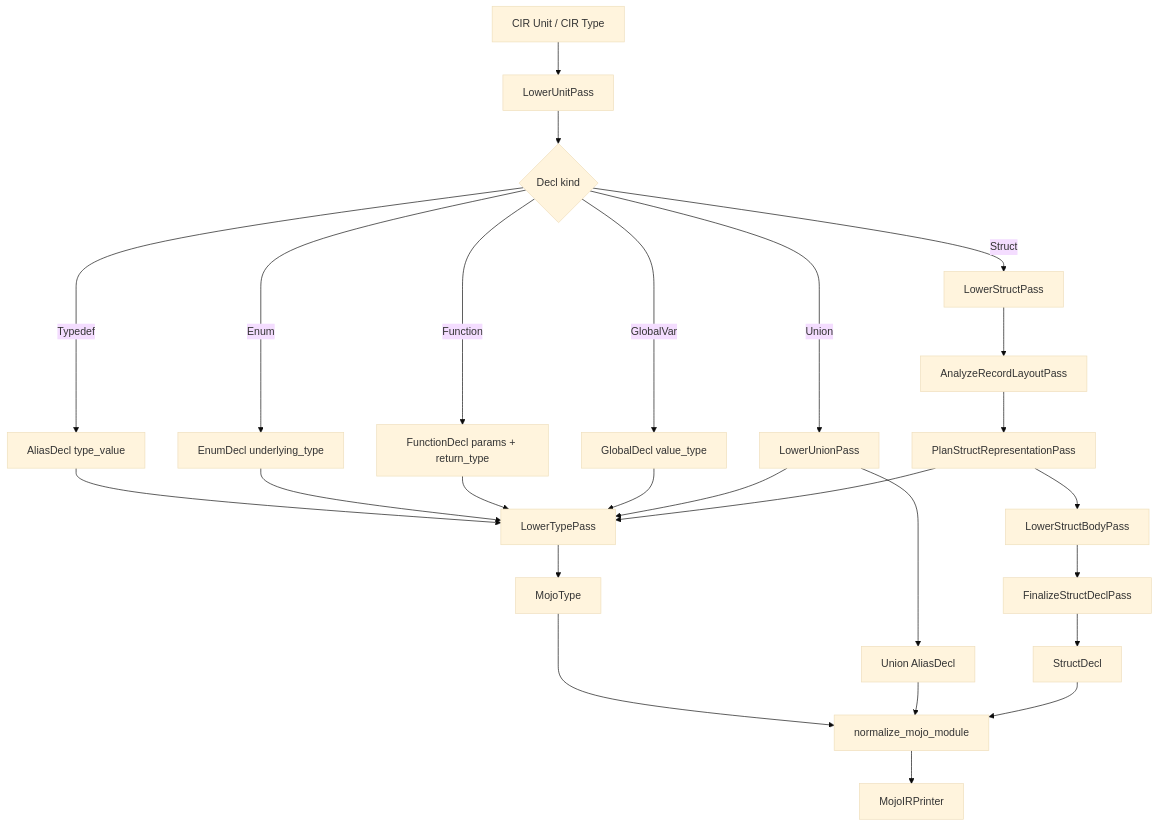
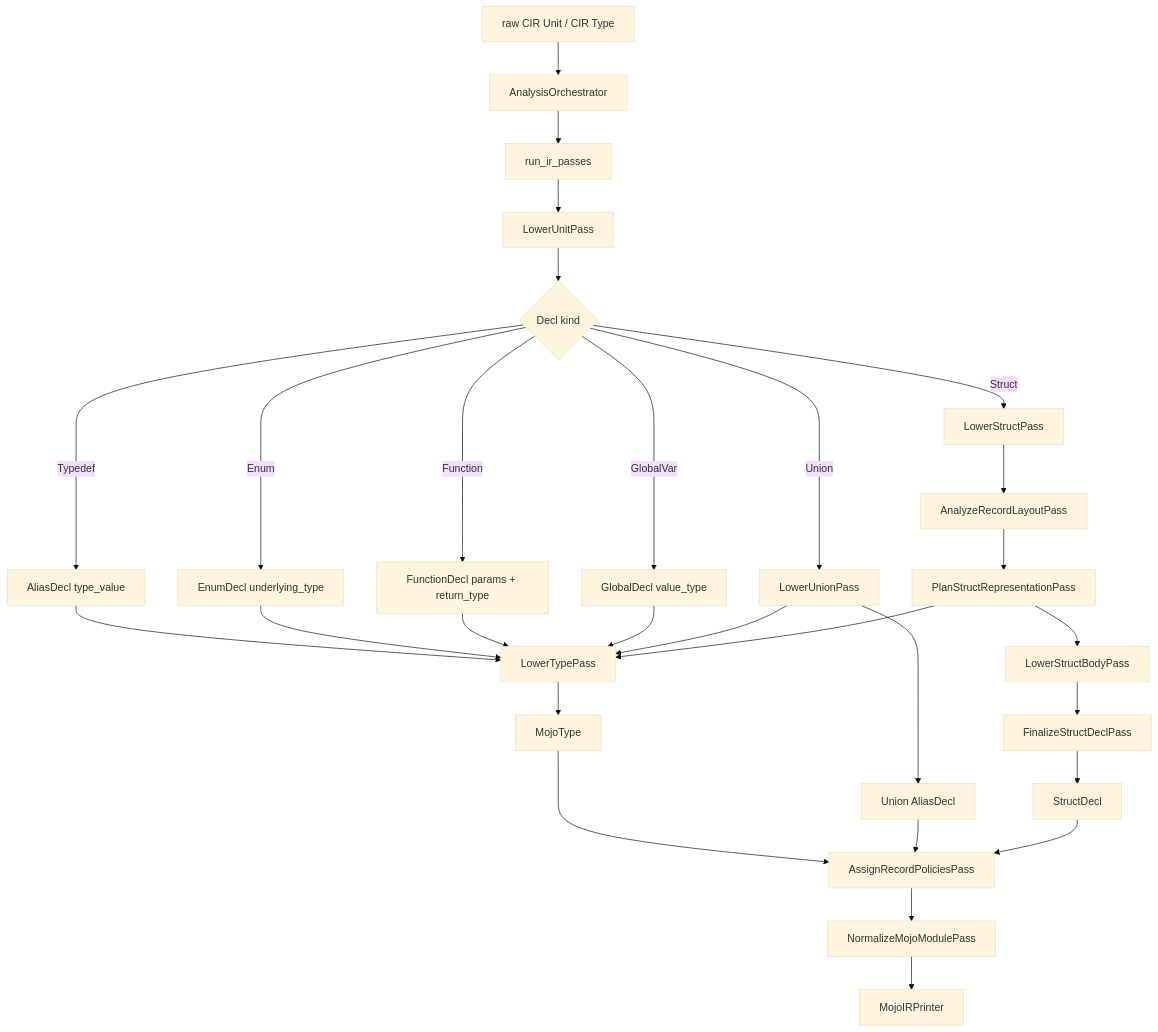
One commit to MoSafi2/mojo_bindgen changed the diagram in docs/analysis_type_lowering_pipeline.md. Above: the diagram before and after it, drawn with Mermaid (base theme). The commit also changed other lines of this file and 9 other files, not shown here.

Commit message:
folded pipeline into orchestrator, update architecture docs

````diff
--- a/docs/analysis_type_lowering_pipeline.md
+++ b/docs/analysis_type_lowering_pipeline.md
@@ -8,33 +8,36 @@
 ```mermaid
 flowchart TD
-    A[CIR Unit / CIR Type] --> B[LowerUnitPass]
+    A[raw CIR Unit / CIR Type] --> B[AnalysisOrchestrator]
+    B --> C[run_ir_passes]
+    C --> D[LowerUnitPass]
 
-    B --> C{Decl kind}
-    C -->|Typedef| D[AliasDecl type_value]
-    C -->|Enum| E[EnumDecl underlying_type]
-    C -->|Function| F[FunctionDecl params + return_type]
-    C -->|GlobalVar| G[GlobalDecl value_type]
-    C -->|Union| H[LowerUnionPass]
-    C -->|Struct| I[LowerStructPass]
+    D --> E{Decl kind}
+    E -->|Typedef| F[AliasDecl type_value]
+    E -->|Enum| G[EnumDecl underlying_type]
+    E -->|Function| H[FunctionDecl params + return_type]
+    E -->|GlobalVar| I[GlobalDecl value_type]
+    E -->|Union| J[LowerUnionPass]
+    E -->|Struct| K[LowerStructPass]
 
-    D --> LT[LowerTypePass]
-    E --> LT
-    F --> LT
+    F --> LT[LowerTypePass]
     G --> LT
     H --> LT
+    I --> LT
+    J --> LT
 
-    I --> RL[AnalyzeRecordLayoutPass]
+    K --> RL[AnalyzeRecordLayoutPass]
     RL --> RP[PlanStructRepresentationPass]
     RP --> LT
     RP --> LB[LowerStructBodyPass]
     LB --> FD[FinalizeStructDeclPass]
 
     LT --> MT[MojoType]
-    H --> UO[Union AliasDecl]
+    J --> UO[Union AliasDecl]
     FD --> SO[StructDecl]
 
-    MT --> NM[normalize_mojo_module]
-    UO --> NM
-    SO --> NM
+    MT --> AP[AssignRecordPoliciesPass]
+    UO --> AP
+    SO --> AP
+    AP --> NM[NormalizeMojoModulePass]
     NM --> PR[MojoIRPrinter]
 ```
````
